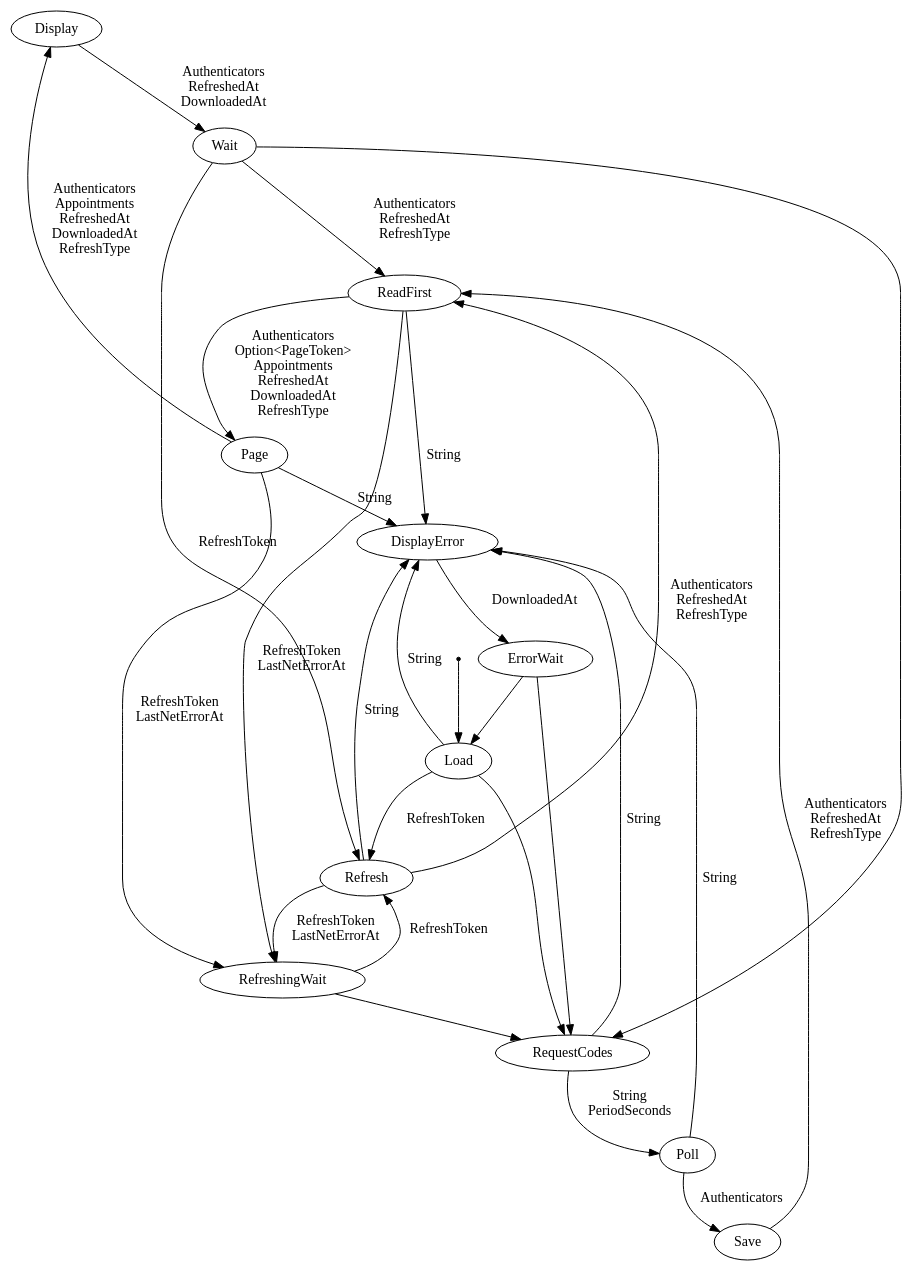
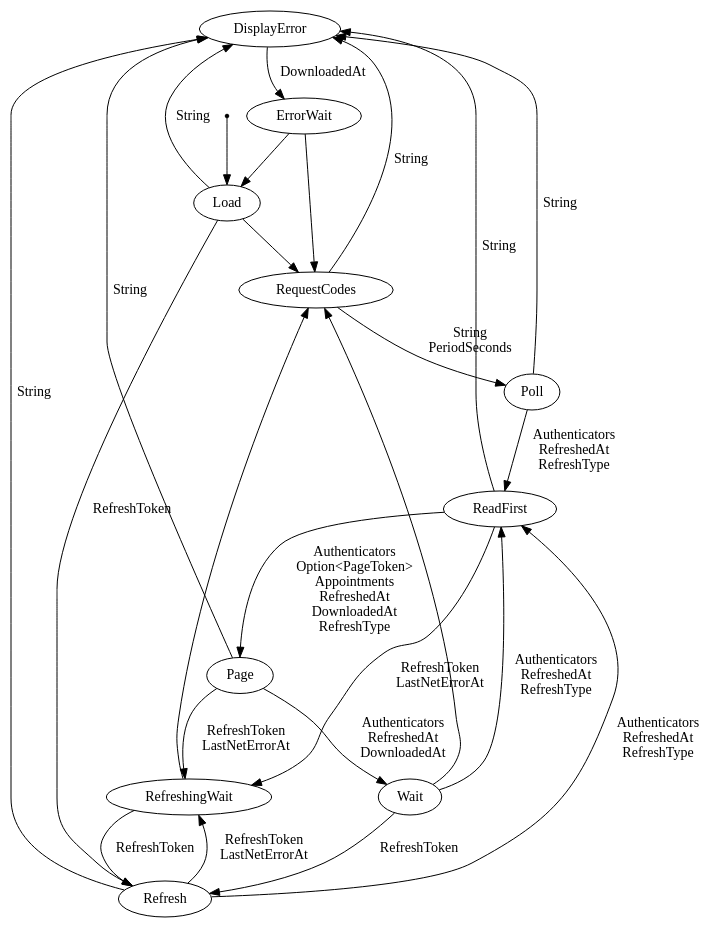
One commit to kieranjwhite/calendar_mirror changed the diagram in docs/cal_machine.dot. Above: the diagram before and after it, drawn with Graphviz. The commit also changed 2 other files, not shown here.

Commit message:
deleted the Save and Display states

```diff
--- a/docs/cal_machine.dot
+++ b/docs/cal_machine.dot
@@ -1,42 +1,38 @@
 digraph cal_stm {
-    Display[label="Display"][shape="ellipse"];
     DisplayError[label="DisplayError"][shape="ellipse"];
     ErrorWait[label="ErrorWait"][shape="ellipse"];
     Load[label="Load"][shape="ellipse"];
     Page[label="Page"][shape="ellipse"];
     Poll[label="Poll"][shape="ellipse"];
     ReadFirst[label="ReadFirst"][shape="ellipse"];
     Refresh[label="Refresh"][shape="ellipse"];
     RefreshingWait[label="RefreshingWait"][shape="ellipse"];
     RequestCodes[label="RequestCodes"][shape="ellipse"];
-    Save[label="Save"][shape="ellipse"];
     Wait[label="Wait"][shape="ellipse"];
     _start[label="_start"][shape="point"];
     _start -> Load[label=""];
     ErrorWait -> Load[label=""];
     DisplayError -> ErrorWait[label="DownloadedAt\n"];
     ErrorWait -> RequestCodes[label=""];
     Load -> RequestCodes[label=""];
     RefreshingWait -> RequestCodes[label=""];
     Wait -> RequestCodes[label=""];
     Load -> Refresh[label="RefreshToken\n"];
     RefreshingWait -> Refresh[label="RefreshToken\n"];
     Wait -> Refresh[label="RefreshToken\n"];
+    Poll -> ReadFirst[label="Authenticators\nRefreshedAt\nRefreshType\n"];
     Refresh -> ReadFirst[label="Authenticators\nRefreshedAt\nRefreshType\n"];
-    Save -> ReadFirst[label="Authenticators\nRefreshedAt\nRefreshType\n"];
     Wait -> ReadFirst[label="Authenticators\nRefreshedAt\nRefreshType\n"];
     RequestCodes -> Poll[label="String\nPeriodSeconds\n"];
     Load -> DisplayError[label="String\n"];
     Page -> DisplayError[label="String\n"];
     Poll -> DisplayError[label="String\n"];
     ReadFirst -> DisplayError[label="String\n"];
     Refresh -> DisplayError[label="String\n"];
     RequestCodes -> DisplayError[label="String\n"];
-    Poll -> Save[label="Authenticators\n"];
     ReadFirst -> Page[label="Authenticators\nOption<PageToken>\nAppointments\nRefreshedAt\nDownloadedAt\nRefreshType\n"];
-    Page -> Display[label="Authenticators\nAppointments\nRefreshedAt\nDownloadedAt\nRefreshType\n"];
-    Display -> Wait[label="Authenticators\nRefreshedAt\nDownloadedAt\n"];
+    Page -> Wait[label="Authenticators\nRefreshedAt\nDownloadedAt\n"];
     Refresh -> RefreshingWait[label="RefreshToken\nLastNetErrorAt\n"];
     ReadFirst -> RefreshingWait[label="RefreshToken\nLastNetErrorAt\n"];
     Page -> RefreshingWait[label="RefreshToken\nLastNetErrorAt\n"];
 }
```
